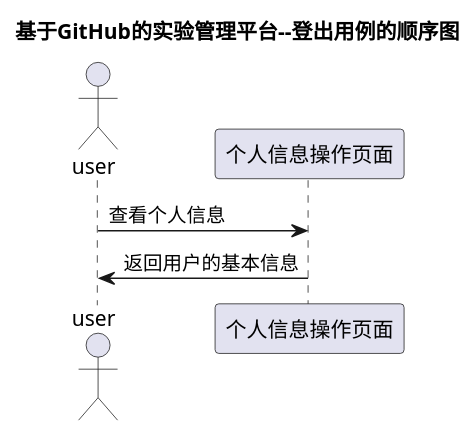
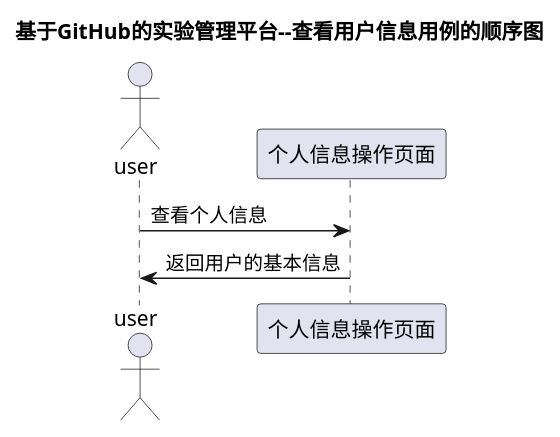
Before and after one commit to yuhang456/is_analysis: the diagram in test6/src/查看用户信息.puml, drawn with PlantUML. The commit also changed 1 other file, not shown here.

```diff
--- a/test6/src/查看用户信息.puml
+++ b/test6/src/查看用户信息.puml
@@ -1,13 +1,13 @@
 @startuml
 
-title 基于GitHub的实验管理平台--登出用例的顺序图
+title 基于GitHub的实验管理平台--查看用户信息用例的顺序图
 
 actor user
 
 user -> 个人信息操作页面:查看个人信息
 
 个人信息操作页面->user:返回用户的基本信息
 
 
 
 @enduml
```
